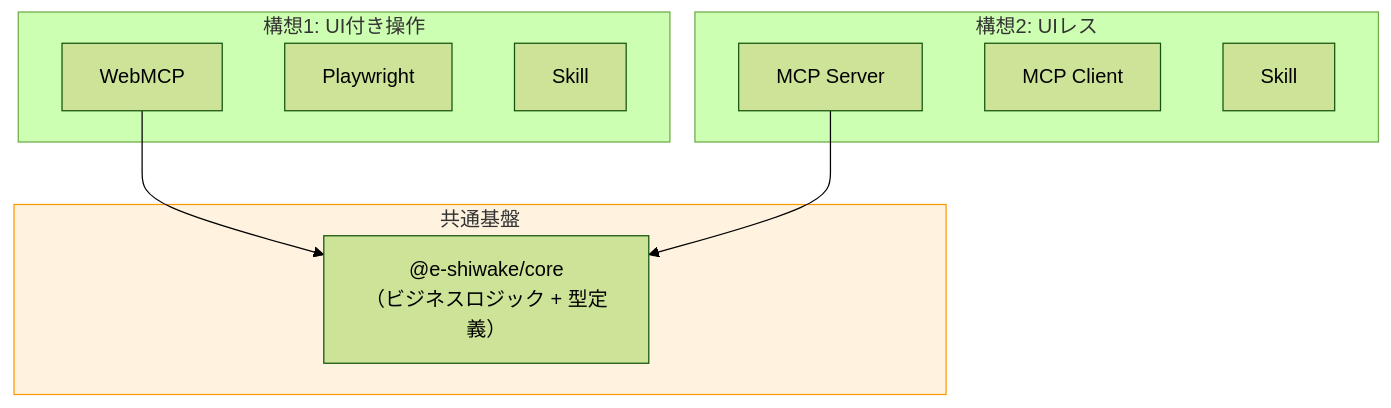
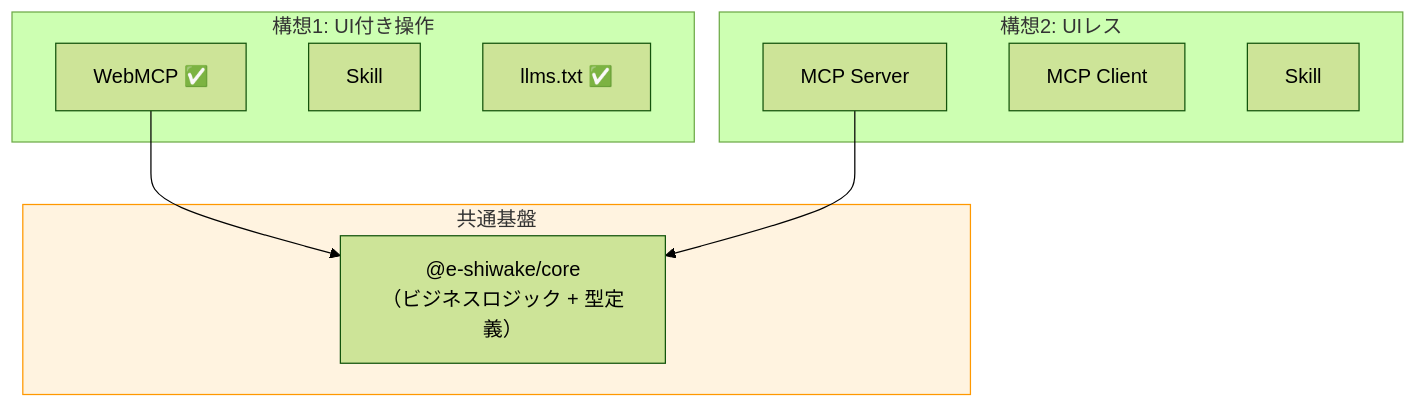
The seventh of 7 diagrams in docs/ai-integration-architecture.md (shuji-bonji/e-shiwake), drawn with Mermaid (forest theme) before and after one commit. The commit also changed other lines of this file and 5 other files, not shown here.

Commit message:
test: WebMCP テスト実装

````diff
--- a/docs/ai-integration-architecture.md
+++ b/docs/ai-integration-architecture.md
@@ -456,23 +472,23 @@
 ```mermaid
 graph TB
     subgraph Plan1["構想1: UI付き操作"]
-        P1A["WebMCP"]
-        P1B["Playwright"]
-        P1C["Skill"]
+        P1A["WebMCP ✅"]
+        P1B["Skill"]
+        P1C["llms.txt ✅"]
     end
 
     subgraph Plan2["構想2: UIレス"]
         P2A["MCP Server"]
         P2B["MCP Client"]
         P2C["Skill"]
     end
 
     subgraph Shared["共通基盤"]
         Core["@e-shiwake/core<br/>（ビジネスロジック + 型定義）"]
     end
 
     P1A --> Core
     P2A --> Core
 
     style Shared fill:#fff3e0,stroke:#ff9800
 ```
````
